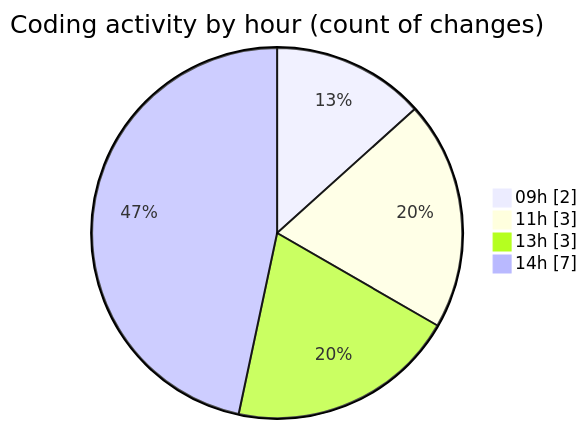
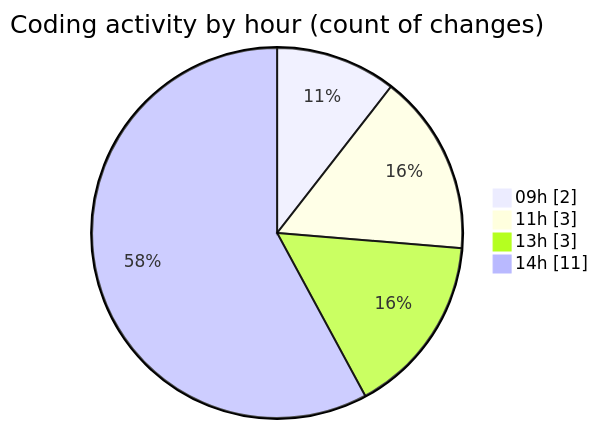
Before and after one commit to julien-gomy/code-tracking: the second of 2 diagrams in 2025-11-10/eventscop-frontend-guide__workspace_/README.md, drawn with Mermaid. The commit also changed other lines of this file and 1 other file, not shown here.

````diff
--- a/2025-11-10/eventscop-frontend-guide__workspace_/README.md
+++ b/2025-11-10/eventscop-frontend-guide__workspace_/README.md
@@ -34,8 +35,8 @@
 ```mermaid
 pie showData
 title Coding activity by hour (count of changes)
 "09h" : 2
 "11h" : 3
 "13h" : 3
-"14h" : 7
+"14h" : 11
 ```
````
